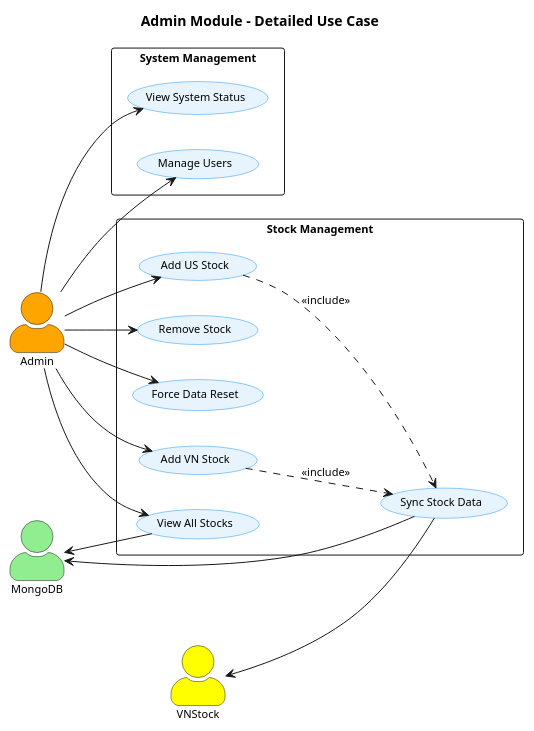
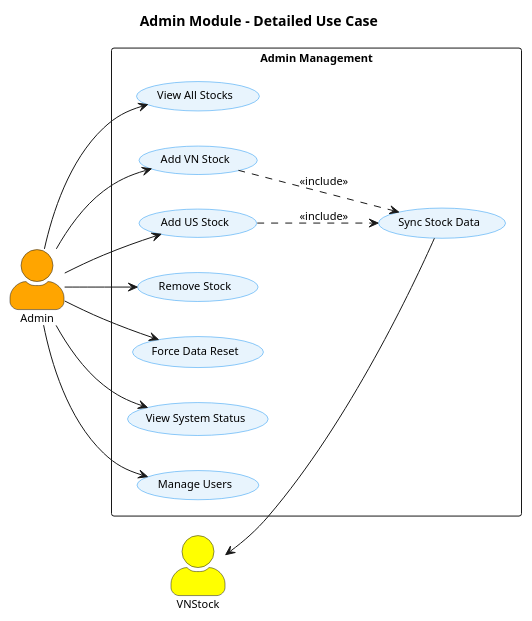
One commit to enel2906/graduation-thesis-diagram changed the diagram in user-case-diagram/08-admin-use-case.puml. Above: the diagram before and after it, drawn with PlantUML. The commit also changed 38 other files, not shown here.

```diff
--- a/user-case-diagram/08-admin-use-case.puml
+++ b/user-case-diagram/08-admin-use-case.puml
@@ -1,46 +1,41 @@
 @startuml Admin Module Use Case
 skinparam backgroundColor white
 skinparam actorStyle awesome
 skinparam defaultFontName Arial
 skinparam defaultFontSize 11
 skinparam usecaseBackgroundColor #E8F4FD
 skinparam usecaseBorderColor #2196F3
 
 title Admin Module - Detailed Use Case
 
 left to right direction
 
 actor "Admin" as Admin #Orange
-actor "MongoDB" as MongoDB #LightGreen
 actor "VNStock" as VNStock #Yellow
 
-rectangle "Stock Management" {
+rectangle "Admin Management" {
     usecase "View All Stocks" as UC1
     usecase "Add VN Stock" as UC2
     usecase "Add US Stock" as UC3
     usecase "Remove Stock" as UC4
     usecase "Sync Stock Data" as UC5
     usecase "Force Data Reset" as UC6
     
     UC2 ..> UC5 : <<include>>
     UC3 ..> UC5 : <<include>>
-}
 
-rectangle "System Management" {
     usecase "View System Status" as UC10
     usecase "Manage Users" as UC11
 }
 
 Admin --> UC1
 Admin --> UC2
 Admin --> UC3
 Admin --> UC4
 Admin --> UC6
 Admin --> UC10
 Admin --> UC11
 
-MongoDB <-- UC1
-MongoDB <-- UC5
 VNStock <-- UC5
 
-@enduml
+@enduml00000
```
